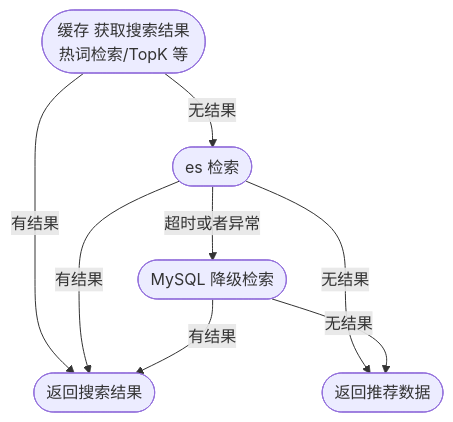
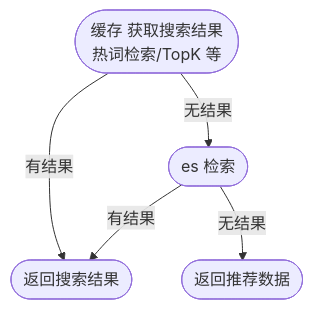
One commit to dengqinghua/dengqinghua.github.io changed the first of 4 diagrams in _posts/2021-09-01-all-for-search.md. Above: the diagram before and after it, drawn with Mermaid. The commit also changed other lines of this file and 2 other files, not shown here.

```diff
--- a/_posts/2021-09-01-all-for-search.md
+++ b/_posts/2021-09-01-all-for-search.md
@@ -105,15 +105,11 @@
 <div class="mermaid" markdown="0">
 flowchart TD;
     onMemeroy([缓存 获取搜索结果<br />热词检索/TopK 等]);
     es([es 检索]);
     E([返回搜索结果]);
     E1([返回推荐数据]);
-    MySQL([MySQL 降级检索]);
     onMemeroy-->|有结果| E
     onMemeroy-->|无结果| es
-    es-->|超时或者异常| MySQL
     es-->|有结果| E
     es-->|无结果| E1
-    MySQL-->|有结果| E
-    MySQL-->|无结果| E1
 </div>
```
